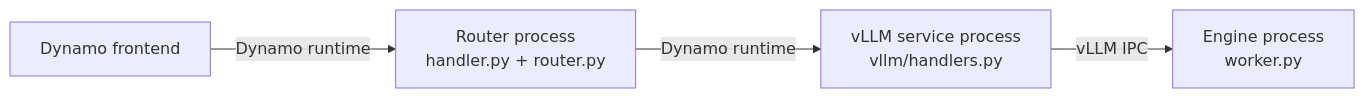
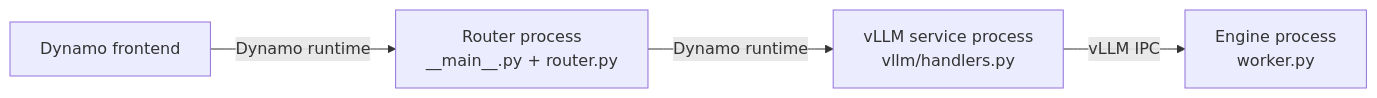
One commit to selectriclee/dynamo-duru changed the first of 2 diagrams in components/src/dynamo/duru_router/README.md. Above: the diagram before and after it, drawn with Mermaid. The commit also changed other lines of this file and 15 other files, not shown here.

````diff
--- a/components/src/dynamo/duru_router/README.md
+++ b/components/src/dynamo/duru_router/README.md
@@ -7,6 +7,6 @@
 ```mermaid
 flowchart LR
-    F["Dynamo frontend"] -->|"Dynamo runtime"| R["Router process<br/>handler.py + router.py"]
+    F["Dynamo frontend"] -->|"Dynamo runtime"| R["Router process<br/>__main__.py + router.py"]
     R -->|"Dynamo runtime"| B["vLLM service process<br/>vllm/handlers.py"]
     B -->|"vLLM IPC"| E["Engine process<br/>worker.py"]
 ```
````
